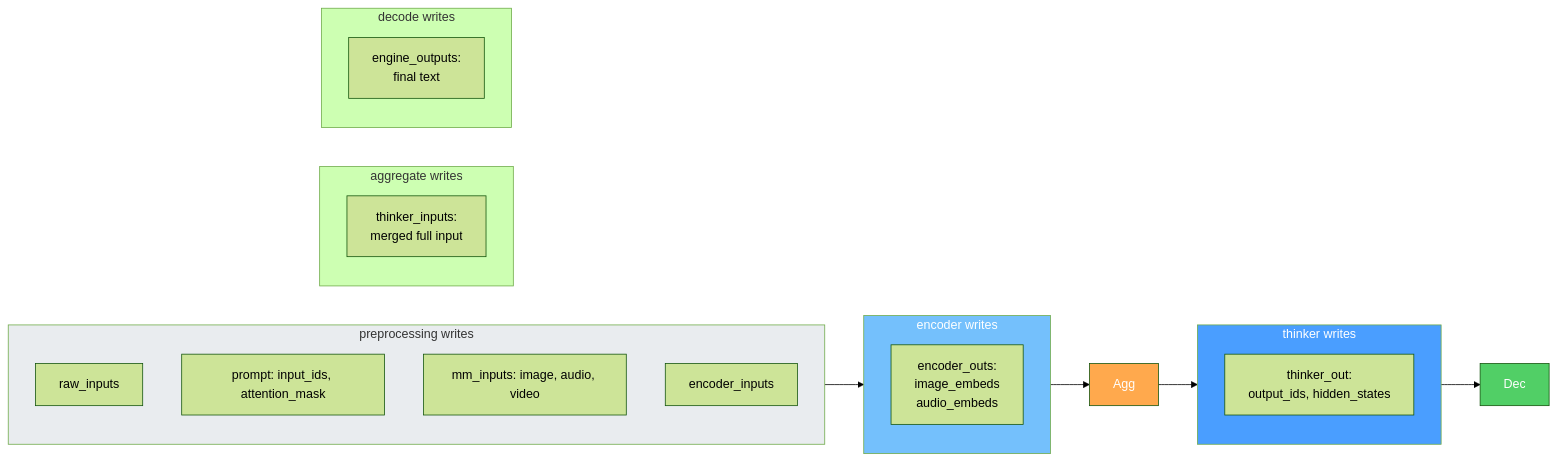
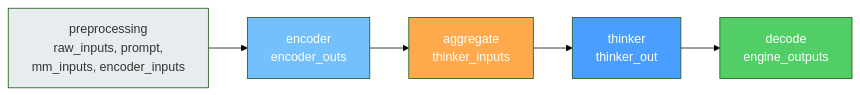
Diagram 33 of 33 in sglang/sglang-omni/README.md (zhaochenyang20/Awesome-ML-SYS-Tutorial), drawn with Mermaid (forest theme) before and after one commit. The commit also changed other lines of this file, not shown here.

First line of the commit message:
style: flatten all diagrams to avoid subgraph overlap issues

````diff
--- a/sglang/sglang-omni/README.md
+++ b/sglang/sglang-omni/README.md
@@ -1301,33 +1124,10 @@
 ```mermaid
 graph LR
-    subgraph Pre["preprocessing writes"]
-        A1["raw_inputs"]
-        A2["prompt: input_ids, attention_mask"]
-        A3["mm_inputs: image, audio, video"]
-        A4["encoder_inputs"]
-    end
-
-    subgraph Enc["encoder writes"]
-        B1["encoder_outs:<br/>image_embeds<br/>audio_embeds"]
-    end
-
-    subgraph Agg2["aggregate writes"]
-        C1["thinker_inputs:<br/>merged full input"]
-    end
-
-    subgraph Th["thinker writes"]
-        D1["thinker_out:<br/>output_ids, hidden_states"]
-    end
-
-    subgraph Dec2["decode writes"]
-        E1["engine_outputs:<br/>final text"]
-    end
-
-    Pre --> Enc --> Agg --> Th --> Dec
+    Pre["preprocessing<br/>raw_inputs, prompt,<br/>mm_inputs, encoder_inputs"] --> Enc["encoder<br/>encoder_outs"] --> Agg["aggregate<br/>thinker_inputs"] --> Th["thinker<br/>thinker_out"] --> Dec["decode<br/>engine_outputs"]
 
     style Pre fill:#e9ecef,color:#333
     style Enc fill:#74c0fc,color:#fff
     style Agg fill:#ffa94d,color:#fff
     style Th fill:#4a9eff,color:#fff
     style Dec fill:#51cf66,color:#fff
 ```
````
